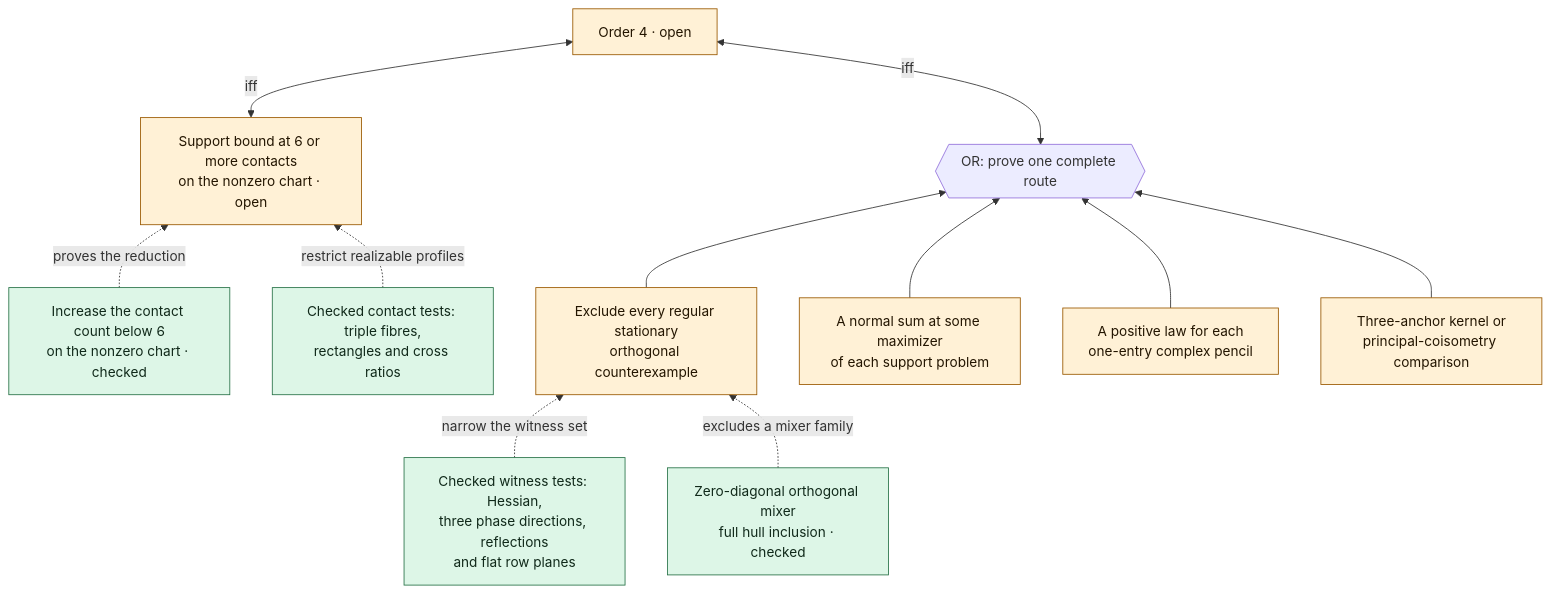
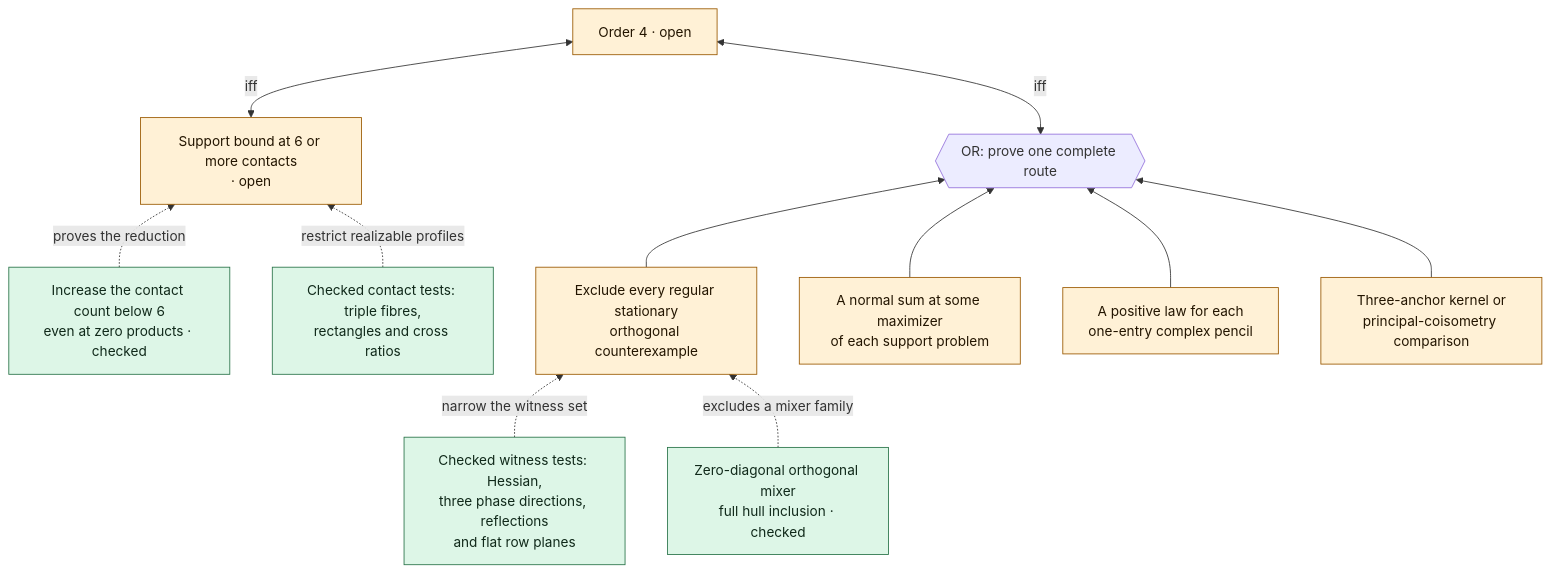
Before and after one commit to ascendnoosphere/MOC: the second of 4 diagrams in Lean/ProofTree.md, drawn with Mermaid. The commit also changed other lines of this file and 29 other files, not shown here.

````diff
--- a/Lean/ProofTree.md
+++ b/Lean/ProofTree.md
@@ -41,26 +43,26 @@
 ```mermaid
 flowchart BT
     FOUR["Order 4 · open"]:::open
     OR4{{"OR: prove one complete route"}}
     WITNESS["Exclude every regular stationary<br/>orthogonal counterexample"]:::open
     NORMAL["A normal sum at some maximizer<br/>of each support problem"]:::open
     PENCIL["A positive law for each<br/>one-entry complex pencil"]:::open
     CHART["Three-anchor kernel or<br/>principal-coisometry comparison"]:::open
-    TRANSFER["Increase the contact count below 6<br/>on the nonzero chart · checked"]:::checked
-    SIX["Support bound at 6 or more contacts<br/>on the nonzero chart · open"]:::open
+    TRANSFER["Increase the contact count below 6<br/>even at zero products · checked"]:::checked
+    SIX["Support bound at 6 or more contacts<br/>· open"]:::open
     TESTS["Checked witness tests: Hessian,<br/>three phase directions, reflections<br/>and flat row planes"]:::checked
     ZERO["Zero-diagonal orthogonal mixer<br/>full hull inclusion · checked"]:::checked
     PHASE["Checked contact tests: triple fibres,<br/>rectangles and cross ratios"]:::checked
     WITNESS --> OR4
     NORMAL --> OR4
     PENCIL --> OR4
     CHART --> OR4
     TRANSFER -. proves the reduction .-> SIX
     SIX <-->|iff| FOUR
     TESTS -. narrow the witness set .-> WITNESS
     ZERO -. excludes a mixer family .-> WITNESS
     PHASE -. restrict realizable profiles .-> SIX
     OR4 <-->|iff| FOUR
     classDef open fill:#fff1d6,stroke:#9a5900,color:#231500
     classDef checked fill:#ddf6e7,stroke:#287348,color:#10291a
 ```
````
